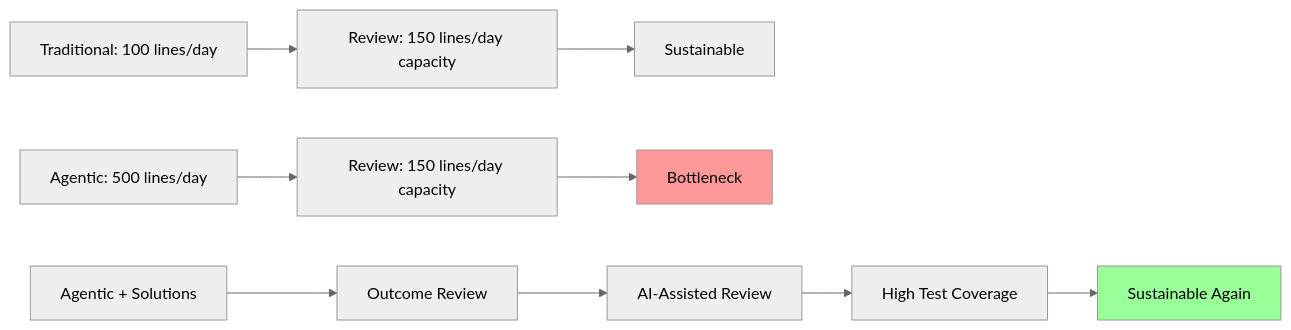
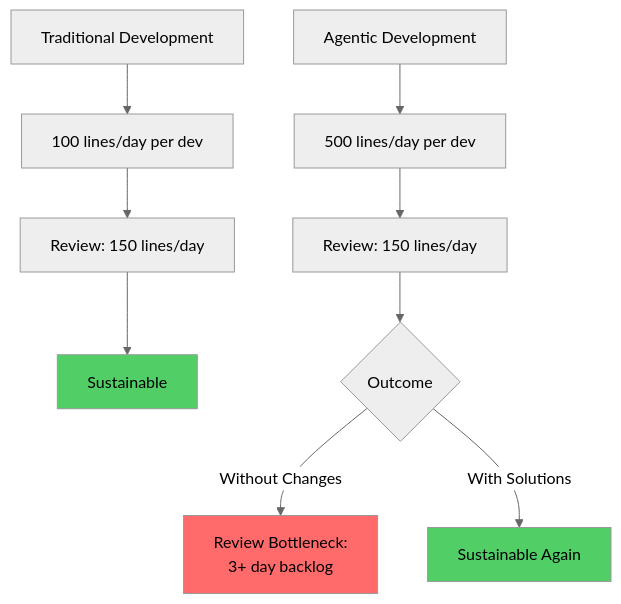
One commit to testaco/agentic-coding-book changed the first of 2 diagrams in book/part1-foundations/05-new-bottlenecks/06-bottleneck-4-code-review-at-scale.md. Above: the diagram before and after it, drawn with Mermaid (neutral theme). The commit also changed other lines of this file and 3 other files, not shown here.

````diff
--- a/book/part1-foundations/05-new-bottlenecks/06-bottleneck-4-code-review-at-scale.md
+++ b/book/part1-foundations/05-new-bottlenecks/06-bottleneck-4-code-review-at-scale.md
@@ -87,16 +53,17 @@
 ```mermaid
-graph LR
-    A[Traditional: 100 lines/day] --> B[Review: 150 lines/day capacity]
-    B --> C[Sustainable]
+graph TD
+    A[Traditional Development] --> B[100 lines/day per dev]
+    B --> C[Review: 150 lines/day]
+    C --> D[Sustainable]
 
-    D[Agentic: 500 lines/day] --> E[Review: 150 lines/day capacity]
-    E --> F[Bottleneck]
+    E[Agentic Development] --> F[500 lines/day per dev]
+    F --> G[Review: 150 lines/day]
+    G --> H{Outcome}
 
-    G[Agentic + Solutions] --> H[Outcome Review]
-    H --> I[AI-Assisted Review]
-    I --> J[High Test Coverage]
-    J --> K[Sustainable Again]
+    H -->|Without Changes| I[Review Bottleneck:<br/>3+ day backlog]
+    H -->|With Solutions| J[Sustainable Again]
 
-    style F fill:#ff9999
-    style K fill:#99ff99
+    style I fill:#ff6b6b
+    style D fill:#51cf66
+    style J fill:#51cf66
 ```
````
